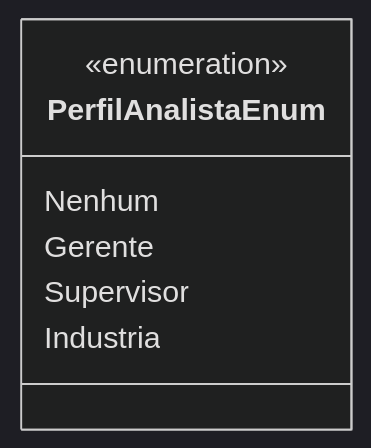
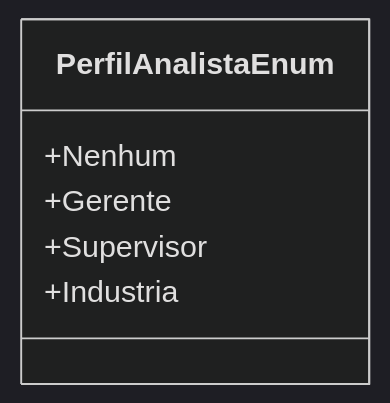
The diagram in docs/b2b-dominio/IsthmusWinthor.Nucleo/IsthmusWinthor.Dominio/Enumeradores/PerfilAnalistaEnum.md (IsthmusSistemas/documentacao-tecnica), drawn with Mermaid (dark theme) before and after one commit. The commit also changed other lines of this file and 882 other files, not shown here.

````diff
--- a/docs/b2b-dominio/IsthmusWinthor.Nucleo/IsthmusWinthor.Dominio/Enumeradores/PerfilAnalistaEnum.md
+++ b/docs/b2b-dominio/IsthmusWinthor.Nucleo/IsthmusWinthor.Dominio/Enumeradores/PerfilAnalistaEnum.md
@@ -12,10 +21,9 @@
 ```mermaid
 classDiagram
     class PerfilAnalistaEnum {
-        <<enumeration>>
-        Nenhum
-        Gerente
-        Supervisor
-        Industria
+        +Nenhum
+        +Gerente
+        +Supervisor
+        +Industria
     }
 ```
````
